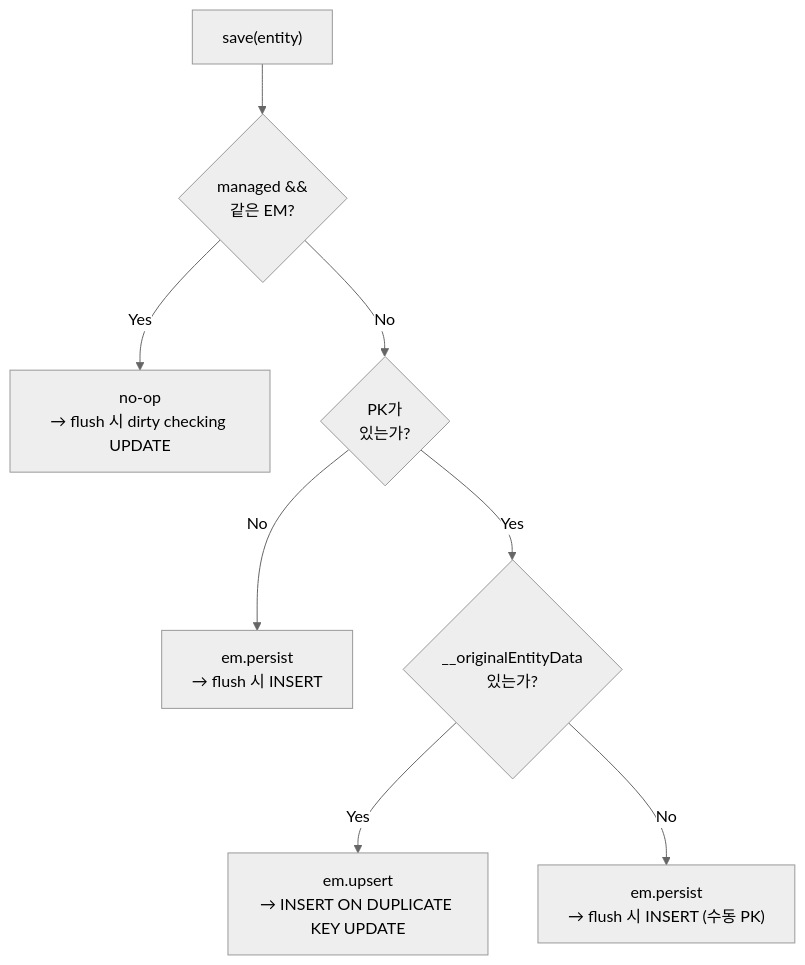
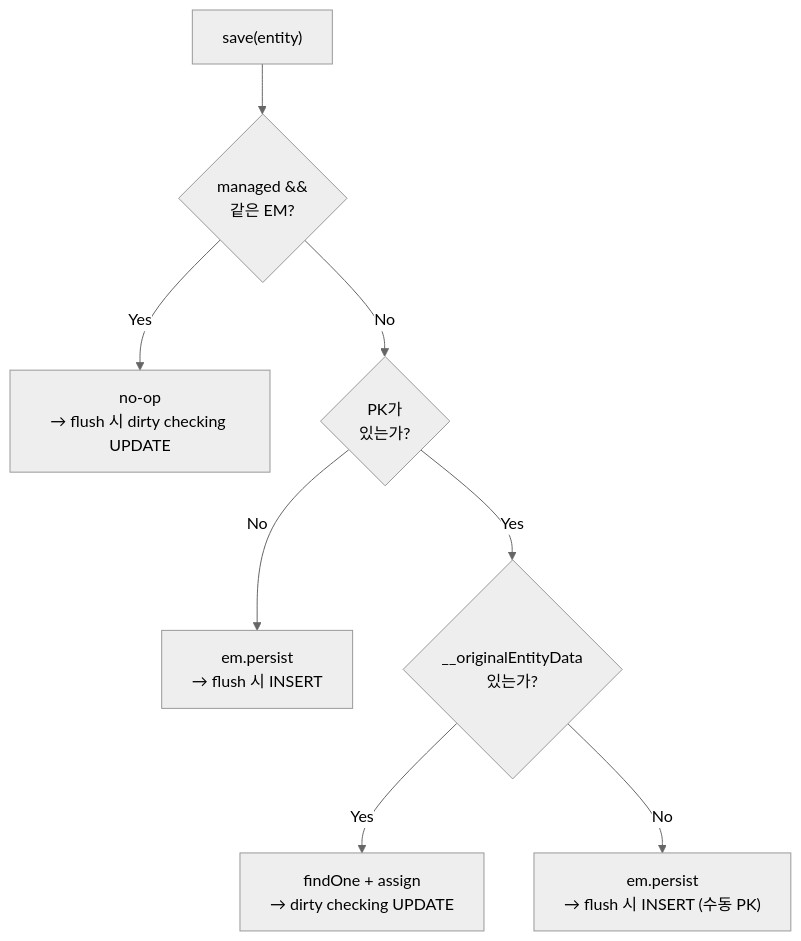
The first of 7 diagrams in docs/12-base-repository.md (bandall/mikro-orm-deep-dive), drawn with Mermaid (neutral theme) before and after one commit. The commit also changed other lines of this file and 11 other files, not shown here.

````diff
--- a/docs/12-base-repository.md
+++ b/docs/12-base-repository.md
@@ -36,10 +36,10 @@
 ```mermaid
 graph TD
     A["save(entity)"] --> B{managed &&<br/>같은 EM?}
     B -->|Yes| C["no-op<br/>→ flush 시 dirty checking UPDATE"]
     B -->|No| D{PK가<br/>있는가?}
     D -->|No| E["em.persist<br/>→ flush 시 INSERT"]
     D -->|Yes| F{__originalEntityData<br/>있는가?}
-    F -->|Yes| G["em.upsert<br/>→ INSERT ON DUPLICATE KEY UPDATE"]
+    F -->|Yes| G["findOne + assign<br/>→ dirty checking UPDATE"]
     F -->|No| H["em.persist<br/>→ flush 시 INSERT (수동 PK)"]
 ```
````
